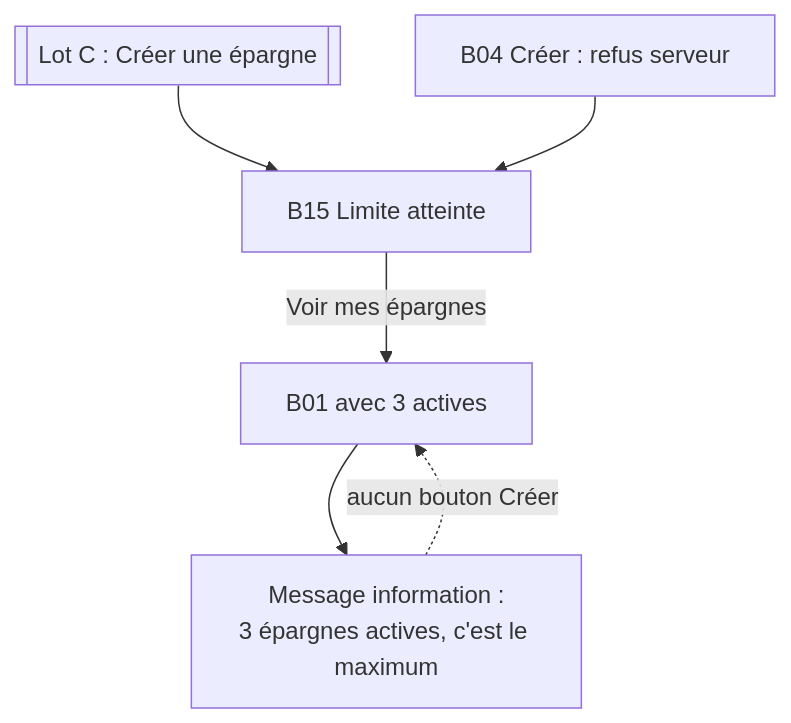
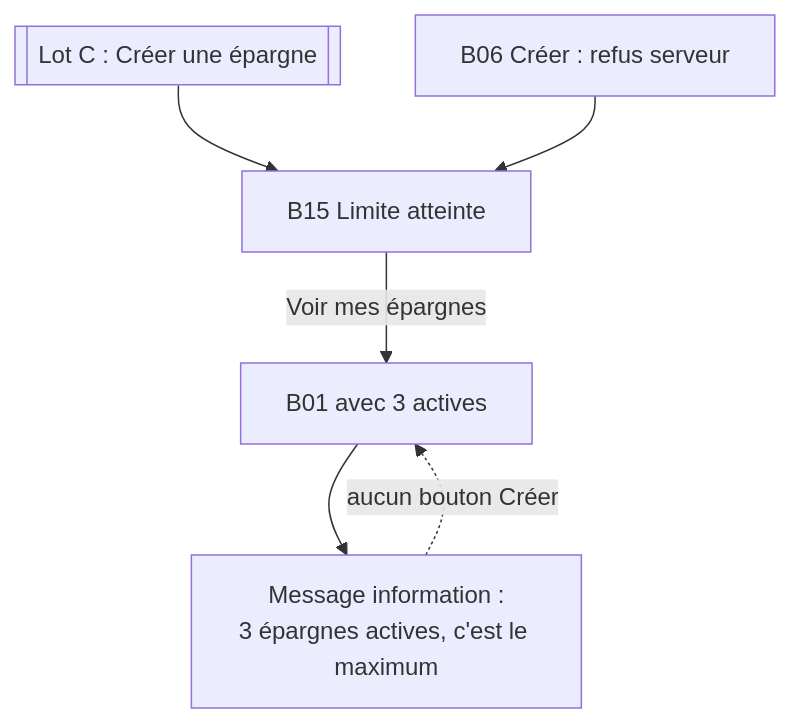
Before and after one commit to kotiz-ci/platform: the eighth of 9 diagrams in docs/design/refonte-parcours/ux-spec-lot-b.md, drawn with Mermaid. The commit also changed other lines of this file and 7 other files, not shown here.

````diff
--- a/docs/design/refonte-parcours/ux-spec-lot-b.md
+++ b/docs/design/refonte-parcours/ux-spec-lot-b.md
@@ -175,8 +177,8 @@
 ```mermaid
 flowchart TD
   B01[B01 avec 3 actives] --> MSG[Message information :<br/>3 épargnes actives, c'est le maximum]
   MSG -.->|aucun bouton Créer| B01
   LC[[Lot C : Créer une épargne]] --> B15[B15 Limite atteinte]
-  B04[B04 Créer : refus serveur] --> B15
+  B06[B06 Créer : refus serveur] --> B15
   B15 -->|Voir mes épargnes| B01
 ```
````
